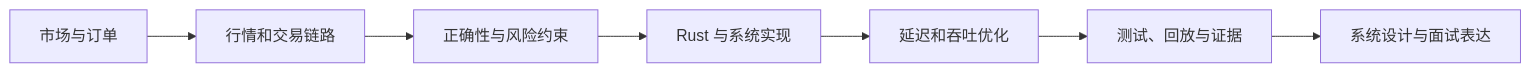
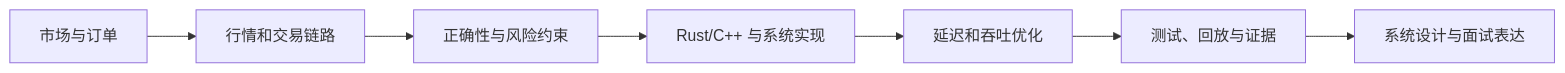
One commit to xizheyin/hft-book-rs changed the diagram in books/rust-hft/src/introduction/README.md. Above: the diagram before and after it, drawn with Mermaid. The commit also changed other lines of this file and 30 other files, not shown here.

````diff
--- a/books/rust-hft/src/introduction/README.md
+++ b/books/rust-hft/src/introduction/README.md
@@ -19,9 +19,9 @@
 ```mermaid
 flowchart LR
     A[市场与订单] --> B[行情和交易链路]
     B --> C[正确性与风险约束]
-    C --> D[Rust 与系统实现]
+    C --> D[Rust/C++ 与系统实现]
     D --> E[延迟和吞吐优化]
     E --> F[测试、回放与证据]
     F --> G[系统设计与面试表达]
 ```
````
